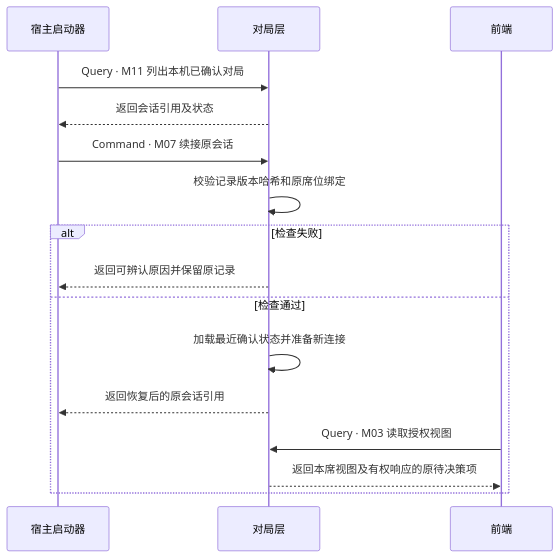
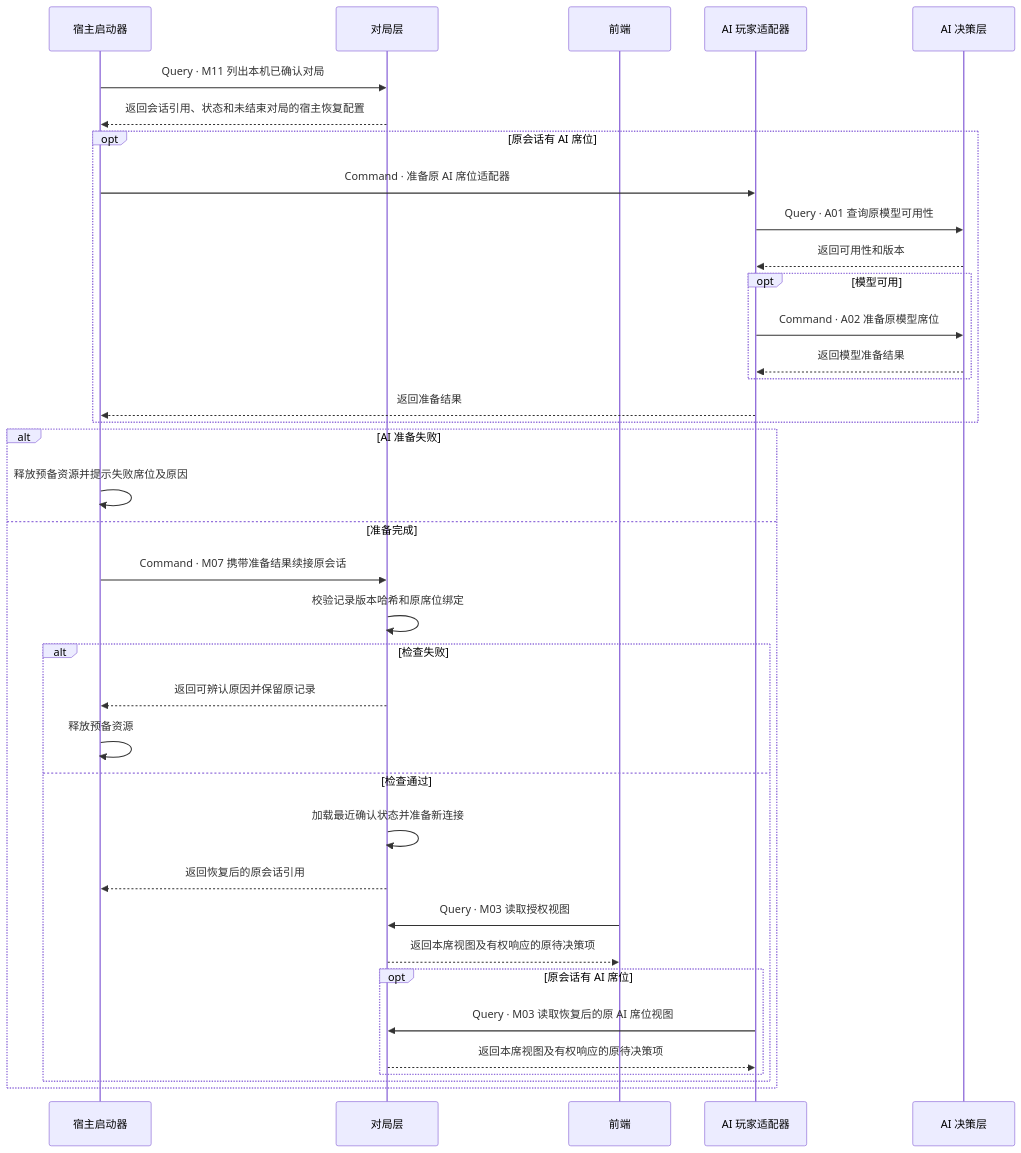
Diagram 11 of 12 in specs/001-offline-game-refactor/contracts/scenario-sequences.md (jigejiqiangshou/Critical-Provisional), drawn with Mermaid before and after one commit. The commit also changed other lines of this file and 9 other files, not shown here.

````diff
--- a/specs/001-offline-game-refactor/contracts/scenario-sequences.md
+++ b/specs/001-offline-game-refactor/contracts/scenario-sequences.md
@@ -415,18 +424,39 @@
 ```mermaid
 sequenceDiagram
     participant L as 宿主启动器
     participant G as 对局层
     participant F as 前端
+    participant A as AI 玩家适配器
+    participant M as AI 决策层
     L->>G: Query · M11 列出本机已确认对局
-    G-->>L: 返回会话引用及状态
-    L->>G: Command · M07 续接原会话
-    G->>G: 校验记录版本哈希和原席位绑定
-    alt 检查失败
-        G-->>L: 返回可辨认原因并保留原记录
-    else 检查通过
-        G->>G: 加载最近确认状态并准备新连接
-        G-->>L: 返回恢复后的原会话引用
-        F->>G: Query · M03 读取授权视图
-        G-->>F: 返回本席视图及有权响应的原待决策项
+    G-->>L: 返回会话引用、状态和未结束对局的宿主恢复配置
+    opt 原会话有 AI 席位
+        L->>A: Command · 准备原 AI 席位适配器
+        A->>M: Query · A01 查询原模型可用性
+        M-->>A: 返回可用性和版本
+        opt 模型可用
+            A->>M: Command · A02 准备原模型席位
+            M-->>A: 返回模型准备结果
+        end
+        A-->>L: 返回准备结果
+    end
+    alt AI 准备失败
+        L->>L: 释放预备资源并提示失败席位及原因
+    else 准备完成
+        L->>G: Command · M07 携带准备结果续接原会话
+        G->>G: 校验记录版本哈希和原席位绑定
+        alt 检查失败
+            G-->>L: 返回可辨认原因并保留原记录
+            L->>L: 释放预备资源
+        else 检查通过
+            G->>G: 加载最近确认状态并准备新连接
+            G-->>L: 返回恢复后的原会话引用
+            F->>G: Query · M03 读取授权视图
+            G-->>F: 返回本席视图及有权响应的原待决策项
+            opt 原会话有 AI 席位
+                A->>G: Query · M03 读取恢复后的原 AI 席位视图
+                G-->>A: 返回本席视图及有权响应的原待决策项
+            end
+        end
     end
 ```
````
